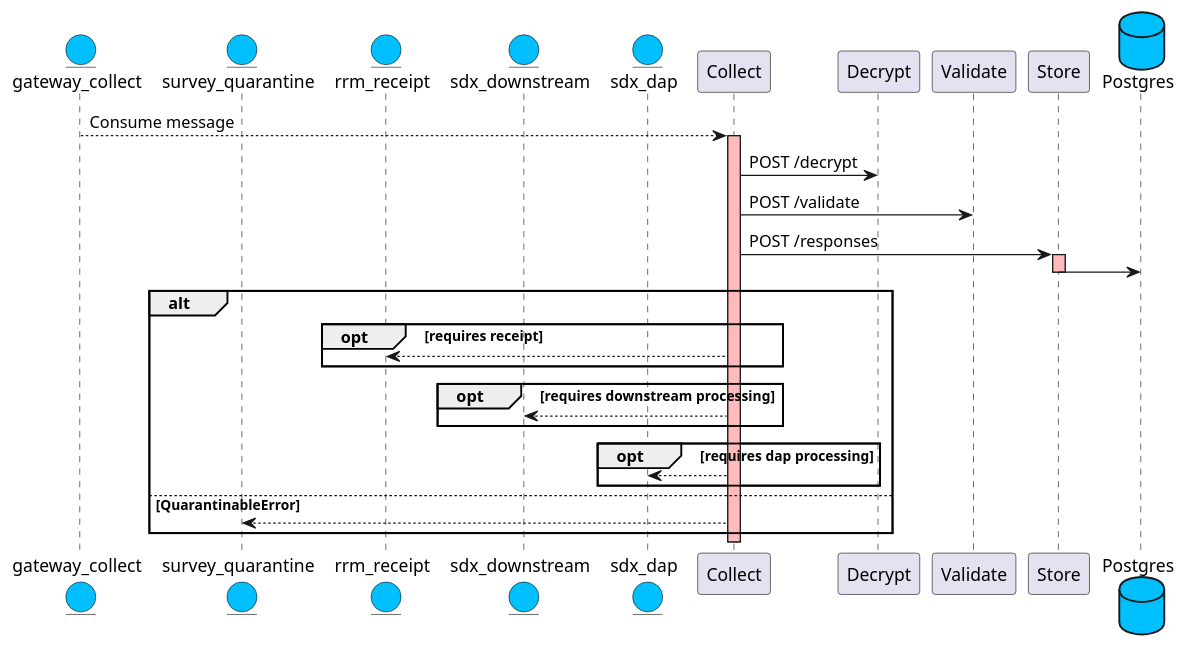
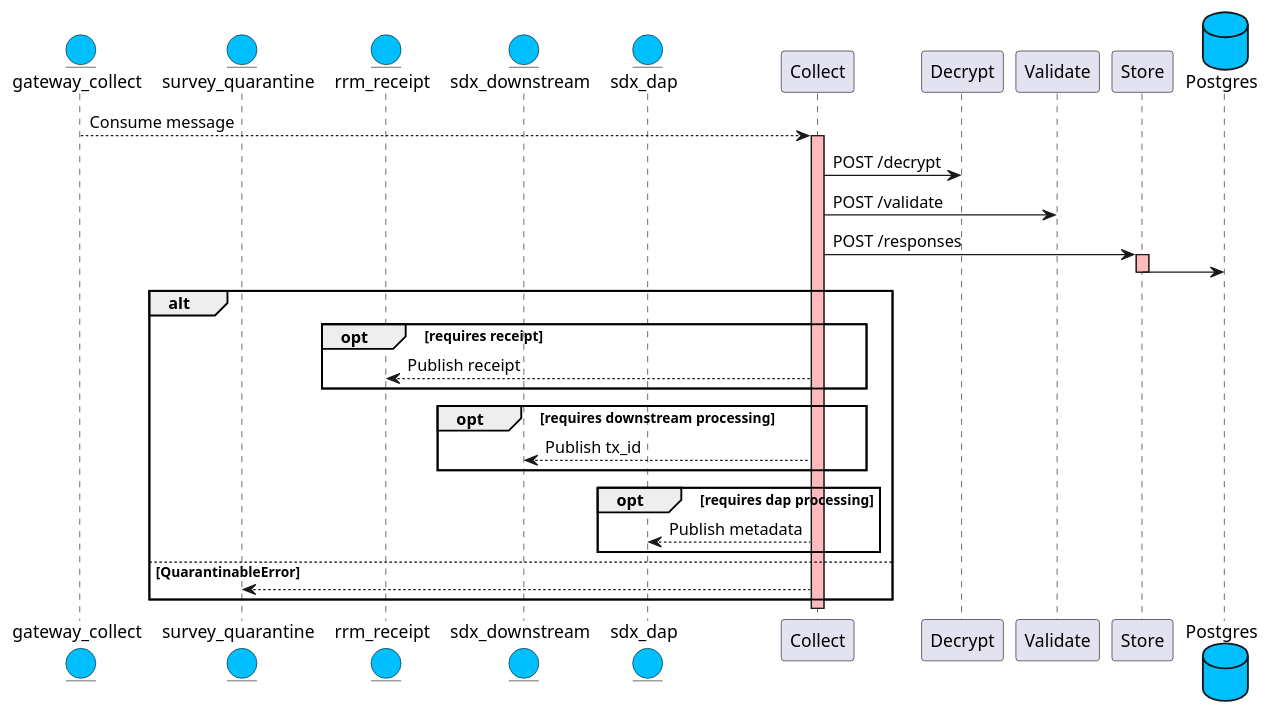
One commit to ONSdigital/sdx-compose changed the diagram in docs/uml/collection-sequence.puml. Above: the diagram before and after it, drawn with PlantUML. The commit also changed 5 other files, not shown here.

Commit message:
Added uml diagrams

```diff
--- a/docs/uml/collection-sequence.puml
+++ b/docs/uml/collection-sequence.puml
@@ -1,48 +1,48 @@
 @startuml
 
 skinparam EntityBackgroundColor DeepSkyBlue
 skinparam DatabaseBackgroundColor DeepSkyBlue
 
 entity gateway_collect
 entity survey_quarantine
 entity rrm_receipt
 entity sdx_downstream
 entity sdx_dap
 
 participant Collect
 participant Decrypt
 participant Validate
 participant Store
 
 database Postgres
 
 gateway_collect --> Collect: Consume message
 activate Collect #FFBBBB
 Collect -> Decrypt: POST /decrypt
 Collect -> Validate: POST /validate
 Collect -> Store: POST /responses
 activate Store #FFBBBB
 Store -> Postgres
 deactivate Store
 
 alt
 
     opt requires receipt
-        Collect --> rrm_receipt
+        Collect --> rrm_receipt: Publish receipt
     end
 
     opt requires downstream processing
-        Collect --> sdx_downstream
+        Collect --> sdx_downstream: Publish tx_id
     end
 
     opt requires dap processing
-        Collect --> sdx_dap
+        Collect --> sdx_dap: Publish metadata
     end
 
 else  QuarantinableError
     Collect --> survey_quarantine
 end
 
 deactivate Collect
 
 @enduml
```
